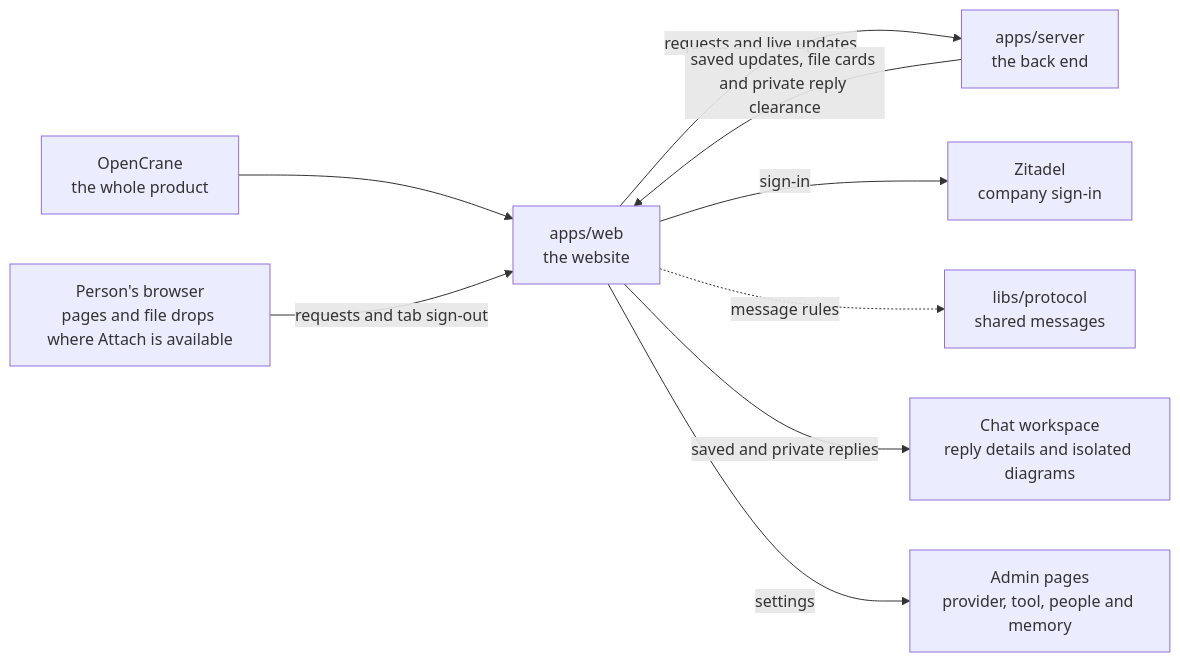
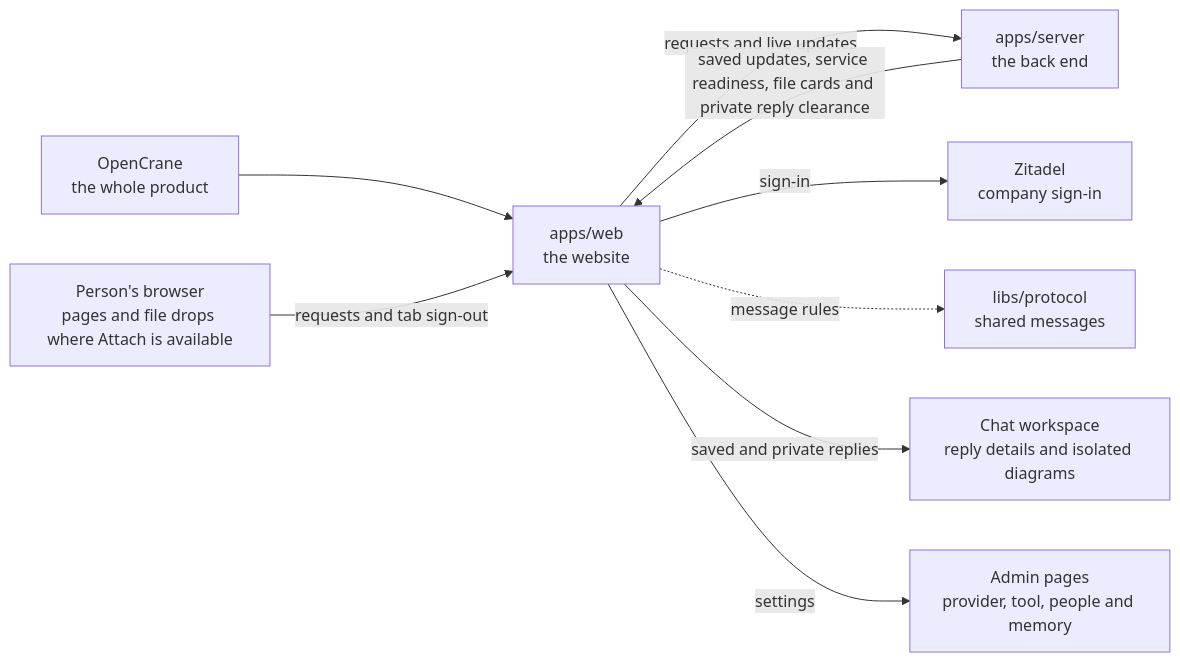
Before and after one commit to elewa-git/opencrane-new: the diagram in apps/web/README.md, drawn with Mermaid. The commit also changed other lines of this file and 28 other files, not shown here.

````diff
--- a/apps/web/README.md
+++ b/apps/web/README.md
@@ -16,11 +16,11 @@
 ```mermaid
 flowchart LR
   system["OpenCrane<br/>the whole product"] --> web["apps/web<br/>the website"]
   browser["Person's browser<br/>pages and file drops where Attach is available"] -->|requests and tab sign-out| web
   web -->|requests and live updates| server["apps/server<br/>the back end"]
-  server -->|saved updates, file cards and private reply clearance| web
+  server -->|saved updates, service readiness, file cards and private reply clearance| web
   web -->|sign-in| zitadel["Zitadel<br/>company sign-in"]
   web -.->|message rules| protocol["libs/protocol<br/>shared messages"]
   web -->|saved and private replies| capture["Chat workspace<br/>reply details and isolated diagrams"]
   web -->|settings| admin["Admin pages<br/>provider, tool, people and memory"]
 ```
````
